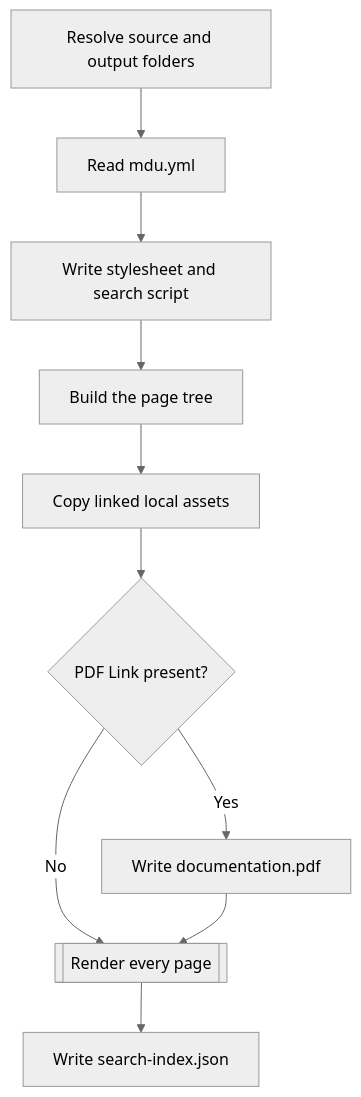
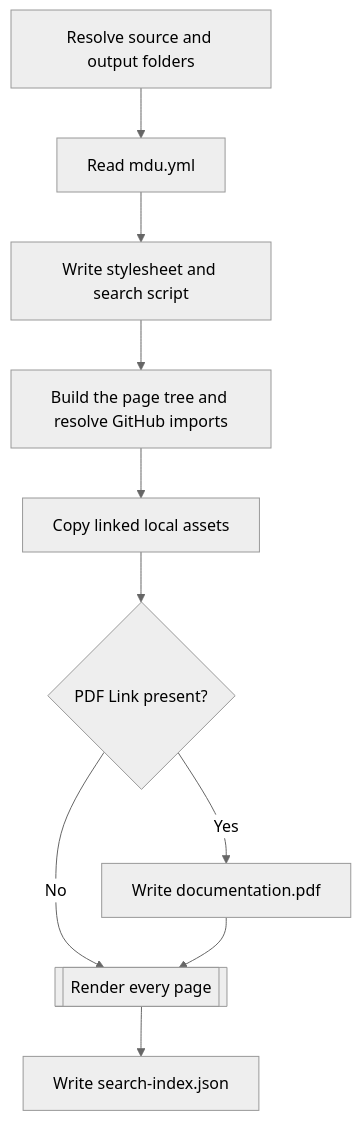
Before and after one commit to capjan/markdown-util: the first of 2 diagrams in Docs/Architecture/Pipeline.md, drawn with Mermaid (neutral theme). The commit also changed other lines of this file and 21 other files, not shown here.

Commit message:
feat: import docs from GitHub repositories

````diff
--- a/Docs/Architecture/Pipeline.md
+++ b/Docs/Architecture/Pipeline.md
@@ -52,16 +53,16 @@
 ```mermaid
 flowchart TD
     accTitle: Steps of mdu render
     Paths[Resolve source and output folders] --> Config[Read mdu.yml]
     Config --> Prepare[Write stylesheet and search script]
-    Prepare --> Tree[Build the page tree]
+    Prepare --> Tree[Build the page tree and resolve GitHub imports]
     Tree --> Assets[Copy linked local assets]
     Assets --> PdfLink{PDF Link present?}
     PdfLink -->|Yes| Pdf[Write documentation.pdf]
     PdfLink -->|No| Pages[[Render every page]]
     Pdf --> Pages
     Pages --> Index[Write search-index.json]
     click Config href "../Usage/render.md#site-configuration"
     click Tree href "#page-tree"
     click Pages href "Rendering.md"
 ```
````
